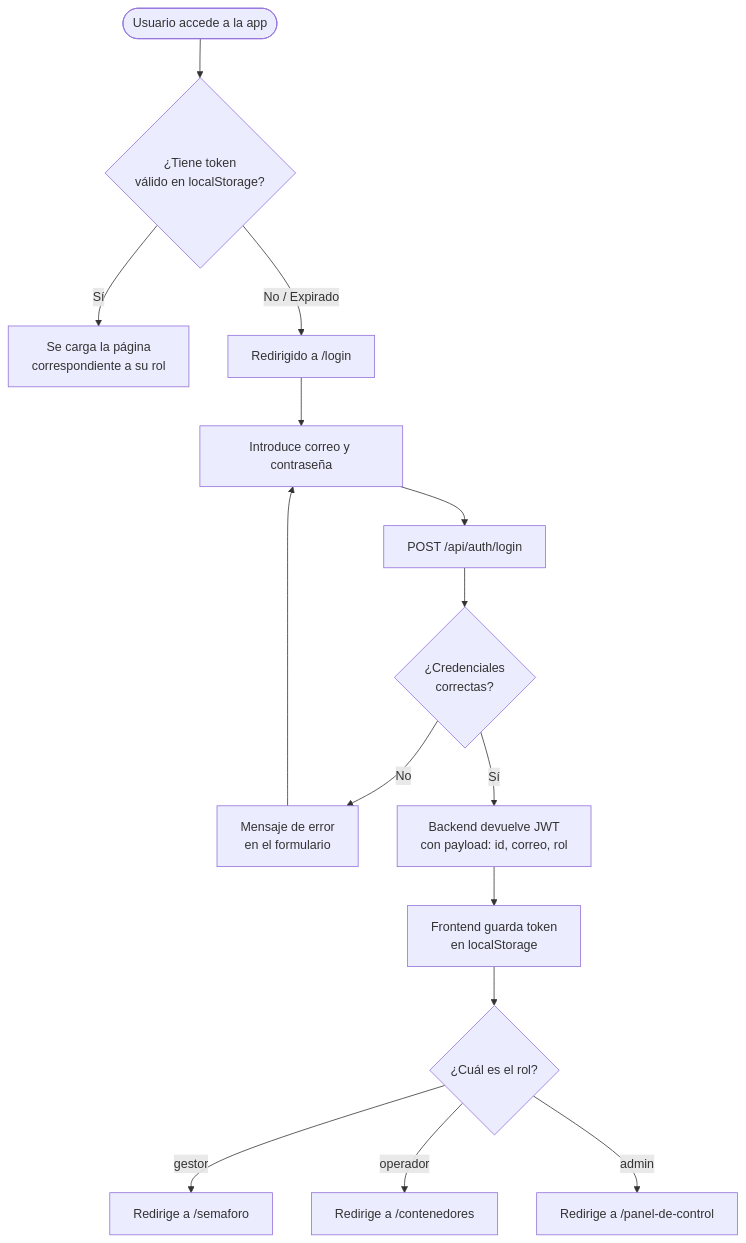
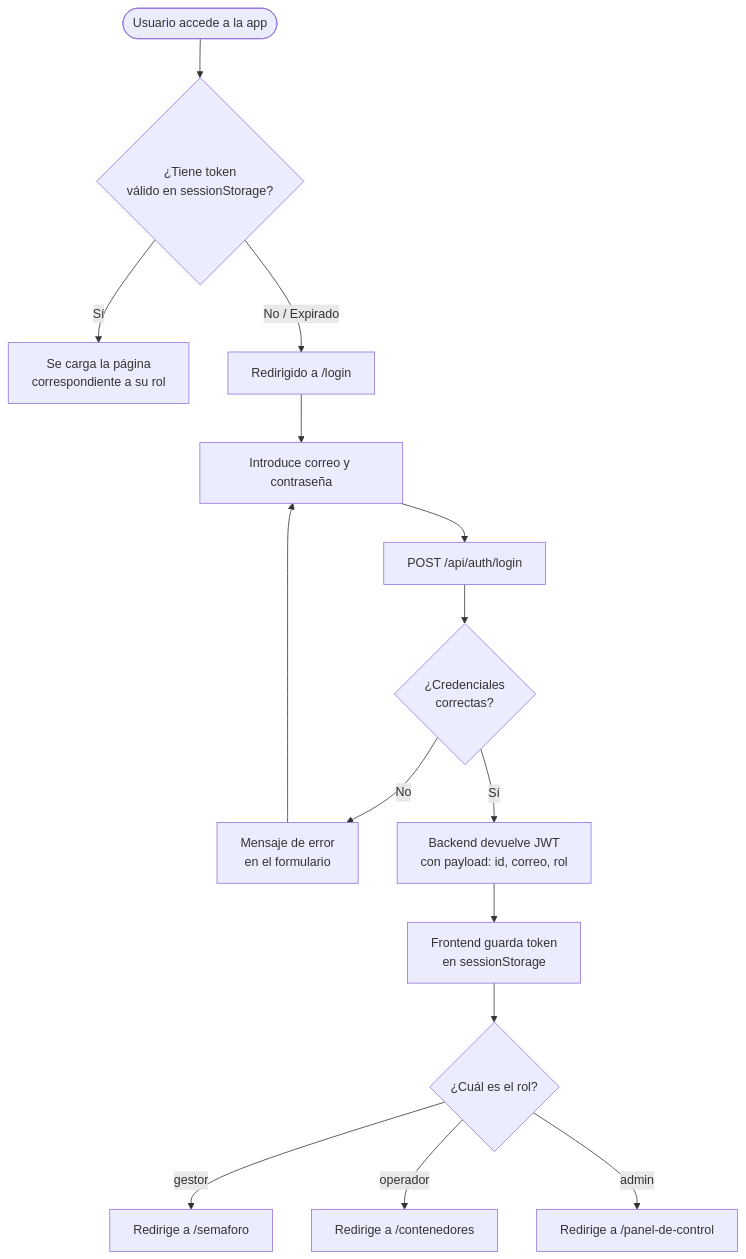
One commit to Agsergio04/Fluster changed the fifth of 6 diagrams in docs/05-diseno.md. Above: the diagram before and after it, drawn with Mermaid. The commit also changed other lines of this file and 2 other files, not shown here.

Commit message:
docs: corregir almacenamiento del JWT (sessionStorage, no localStorage)
El código usa sessionStorage para el token JWT (intencional: se borra al
cerrar la pestaña), pero la documentación de arquitectura, descripción y la
decisión técnica 2.2 decían localStorage. Corregido en 02-descripcion,
05-diseno (diagrama de arquitectura y de flujo de auth) y 06-desarrollo.
Las menciones a localStorage del tema claro/oscuro son correctas y se mantienen.

````diff
--- a/docs/05-diseno.md
+++ b/docs/05-diseno.md
@@ -420,17 +420,17 @@
 ```mermaid
 flowchart TD
-    A([Usuario accede a la app]) --> B{¿Tiene token\nválido en localStorage?}
+    A([Usuario accede a la app]) --> B{¿Tiene token\nválido en sessionStorage?}
     B -->|Sí| C[Se carga la página\ncorrespondiente a su rol]
     B -->|No / Expirado| D[Redirigido a /login]
     D --> E[Introduce correo y contraseña]
     E --> F[POST /api/auth/login]
     F --> G{¿Credenciales\ncorrectas?}
     G -->|No| H[Mensaje de error\nen el formulario]
     H --> E
     G -->|Sí| I[Backend devuelve JWT\ncon payload: id, correo, rol]
-    I --> J[Frontend guarda token\nen localStorage]
+    I --> J[Frontend guarda token\nen sessionStorage]
     J --> K{¿Cuál es el rol?}
     K -->|gestor| L[Redirige a /semaforo]
     K -->|operador| M[Redirige a /contenedores]
     K -->|admin| N[Redirige a /panel-de-control]
 ```
````
